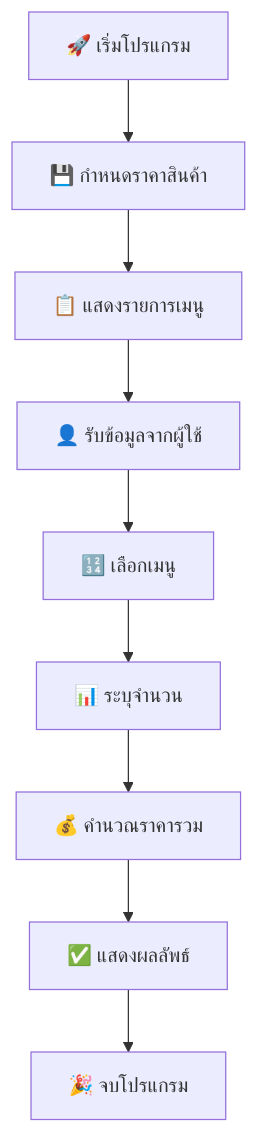
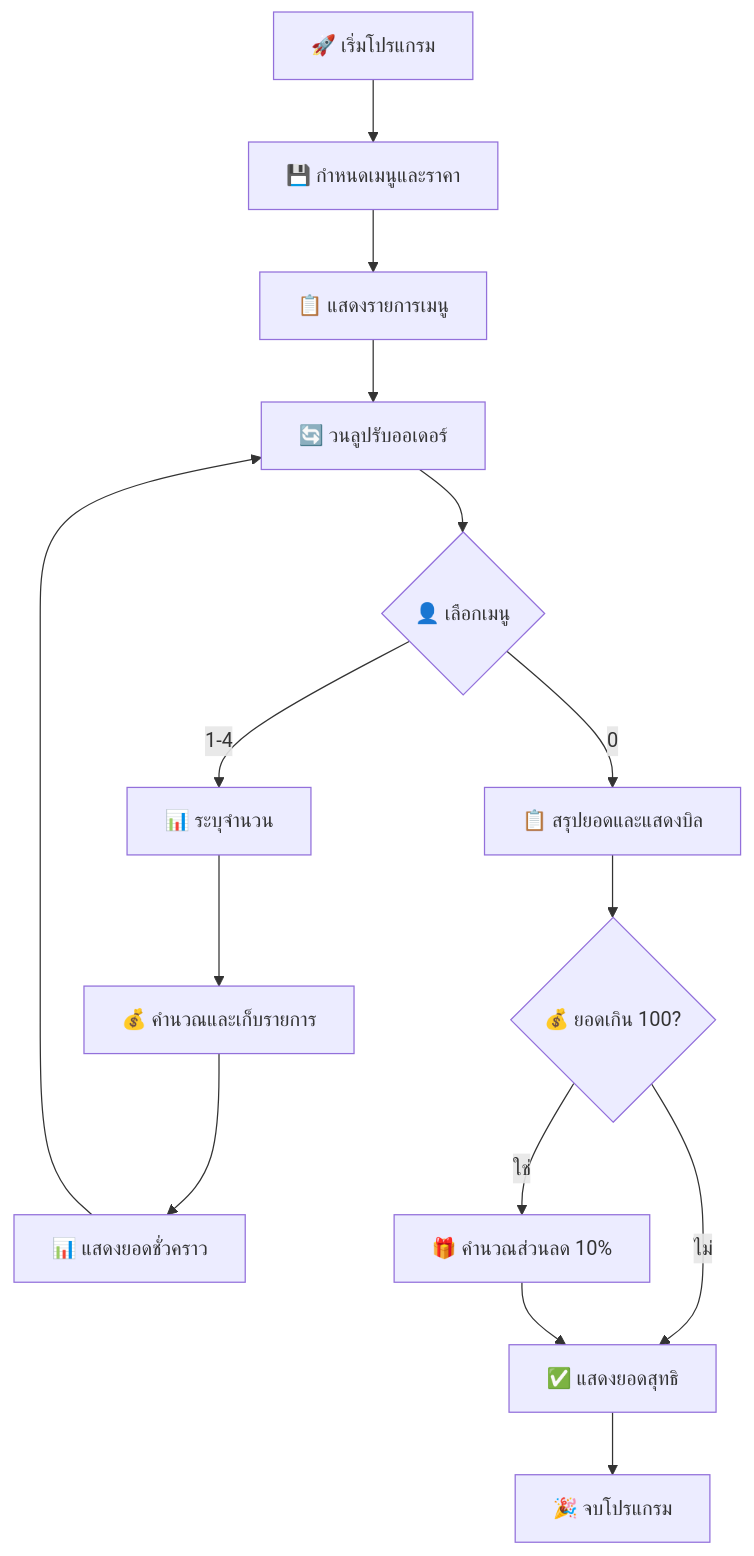
Before and after one commit to Sonthep/Simple-Cafe-POS: the diagram in README.md, drawn with Mermaid. The commit also changed other lines of this file and 1 other file, not shown here.

````diff
--- a/README.md
+++ b/README.md
@@ -77,11 +104,17 @@
 ```mermaid
 graph TD
-    A[🚀 เริ่มโปรแกรม] --> B[💾 กำหนดราคาสินค้า]
+    A[🚀 เริ่มโปรแกรม] --> B[💾 กำหนดเมนูและราคา]
     B --> C[📋 แสดงรายการเมนู]
-    C --> D[👤 รับข้อมูลจากผู้ใช้]
-    D --> E[🔢 เลือกเมนู]
-    E --> F[📊 ระบุจำนวน]
-    F --> G[💰 คำนวณราคารวม]
-    G --> H[✅ แสดงผลลัพธ์]
-    H --> I[🎉 จบโปรแกรม]
+    C --> D[🔄 วนลูปรับออเดอร์]
+    D --> E{👤 เลือกเมนู}
+    E -->|1-4| F[📊 ระบุจำนวน]
+    E -->|0| I[📋 สรุปยอดและแสดงบิล]
+    F --> G[💰 คำนวณและเก็บรายการ]
+    G --> H[📊 แสดงยอดชั่วคราว]
+    H --> D
+    I --> J{💰 ยอดเกิน 100?}
+    J -->|ใช่| K[🎁 คำนวณส่วนลด 10%]
+    J -->|ไม่| L[✅ แสดงยอดสุทธิ]
+    K --> L
+    L --> M[🎉 จบโปรแกรม]
 ```
````
